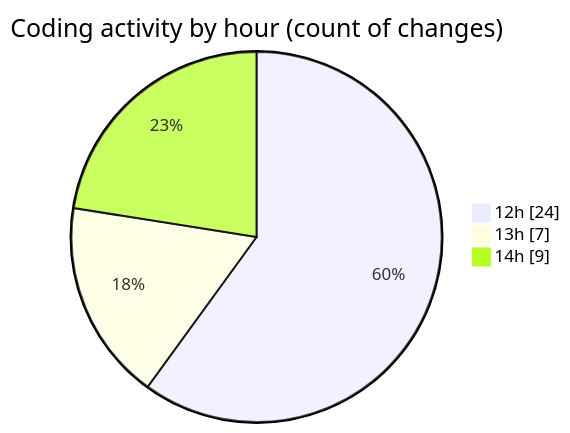
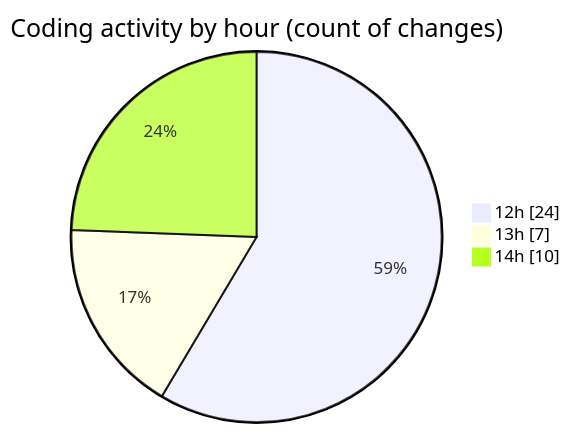
One commit to lephambinh05/code-tracking changed the second of 2 diagrams in 2025-08-25/quytuthien_vn/README.md. Above: the diagram before and after it, drawn with Mermaid. The commit also changed other lines of this file and 1 other file, not shown here.

````diff
--- a/2025-08-25/quytuthien_vn/README.md
+++ b/2025-08-25/quytuthien_vn/README.md
@@ -46,7 +46,7 @@
 ```mermaid
 pie showData
 title Coding activity by hour (count of changes)
 "12h" : 24
 "13h" : 7
-"14h" : 9
+"14h" : 10
 ```
````
